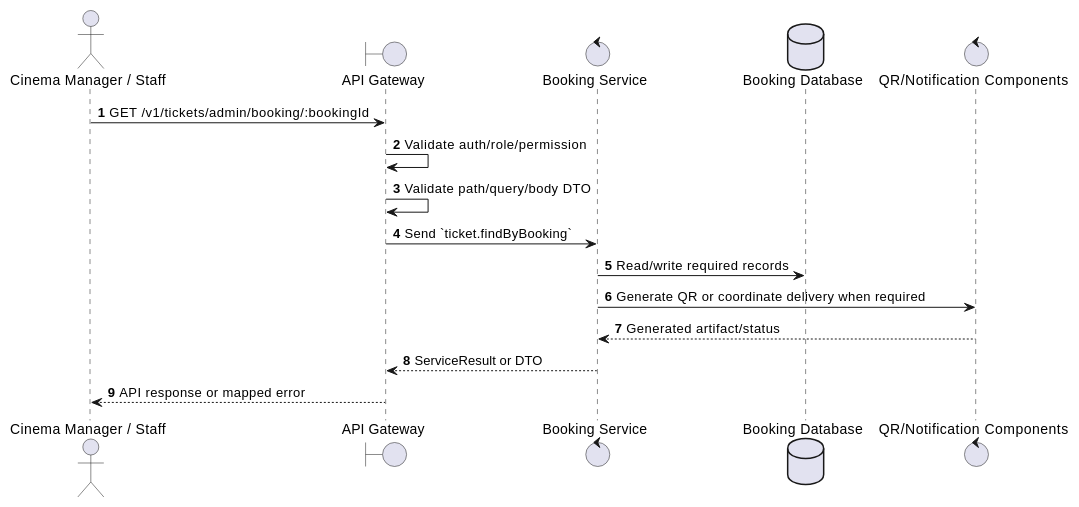
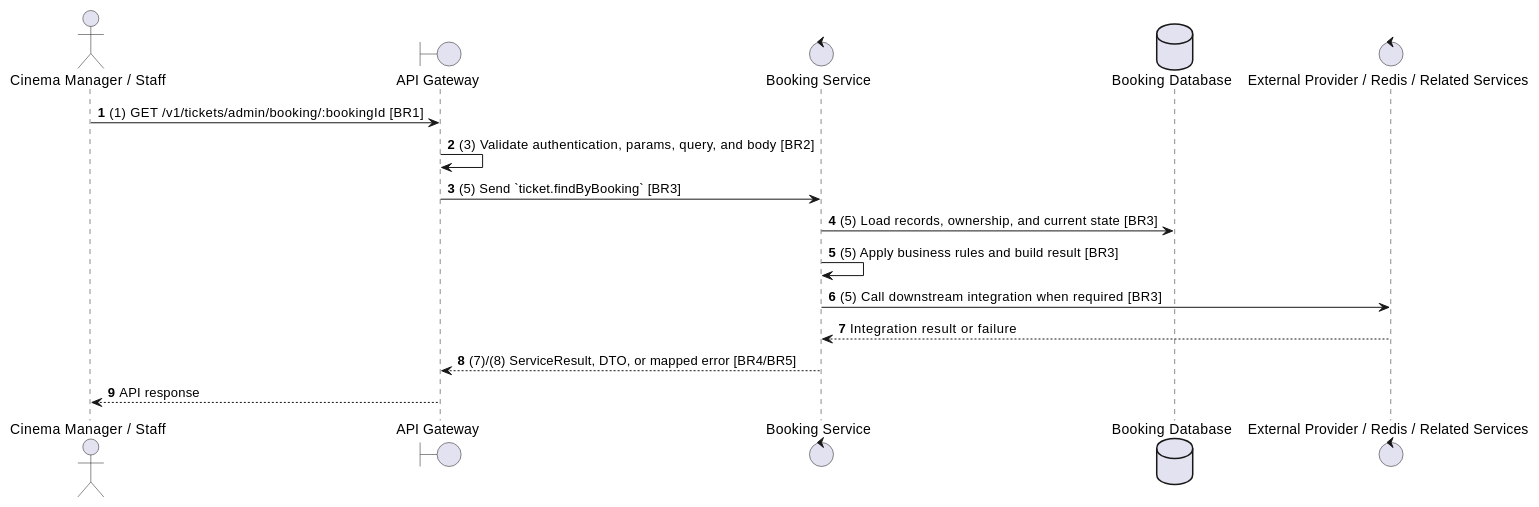
The second of 2 diagrams in docs/functional_specs/3.7_Ticket_Management_Module/TK-A03_Find_Tickets_by_Booking.md (Tanh1603/movie-hub-architecture), drawn with PlantUML before and after one commit. The commit also changed other lines of this file and 129 other files, not shown here.

````diff
--- a/docs/functional_specs/3.7_Ticket_Management_Module/TK-A03_Find_Tickets_by_Booking.md
+++ b/docs/functional_specs/3.7_Ticket_Management_Module/TK-A03_Find_Tickets_by_Booking.md
@@ -17,20 +64,20 @@
 ```plantuml
 @startuml
 autonumber
 actor "Cinema Manager / Staff" as Actor
 boundary "API Gateway" as GW
 control "Booking Service" as SVC
 database "Booking Database" as DB
-control "QR/Notification Components" as EXT
+control "External Provider / Redis / Related Services" as EXT
 
-Actor -> GW: GET /v1/tickets/admin/booking/:bookingId
-GW -> GW: Validate auth/role/permission
-GW -> GW: Validate path/query/body DTO
-GW -> SVC: Send `ticket.findByBooking`
-SVC -> DB: Read/write required records
-SVC -> EXT: Generate QR or coordinate delivery when required
-EXT --> SVC: Generated artifact/status
-SVC --> GW: ServiceResult or DTO
-GW --> Actor: API response or mapped error
+Actor -> GW: (1) GET /v1/tickets/admin/booking/:bookingId [BR1]
+GW -> GW: (3) Validate authentication, params, query, and body [BR2]
+GW -> SVC: (5) Send `ticket.findByBooking` [BR3]
+SVC -> DB: (5) Load records, ownership, and current state [BR3]
+SVC -> SVC: (5) Apply business rules and build result [BR3]
+SVC -> EXT: (5) Call downstream integration when required [BR3]
+EXT --> SVC: Integration result or failure
+SVC --> GW: (7)/(8) ServiceResult, DTO, or mapped error [BR4/BR5]
+GW --> Actor: API response
 @enduml
 ```
````
